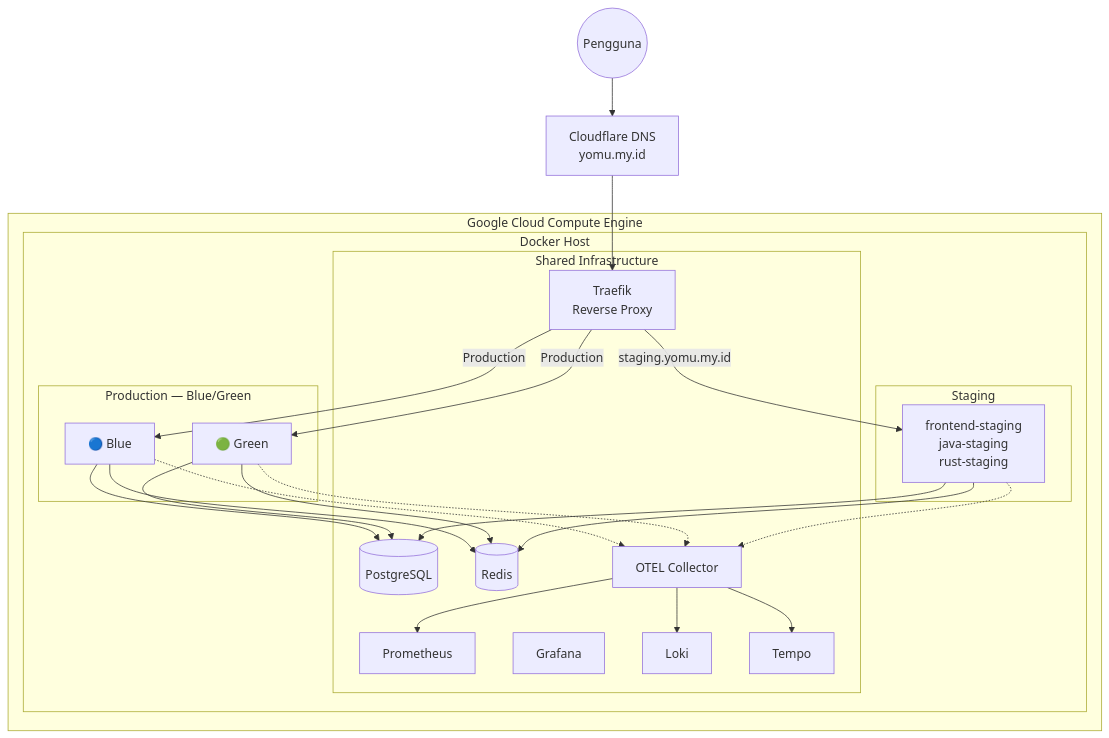
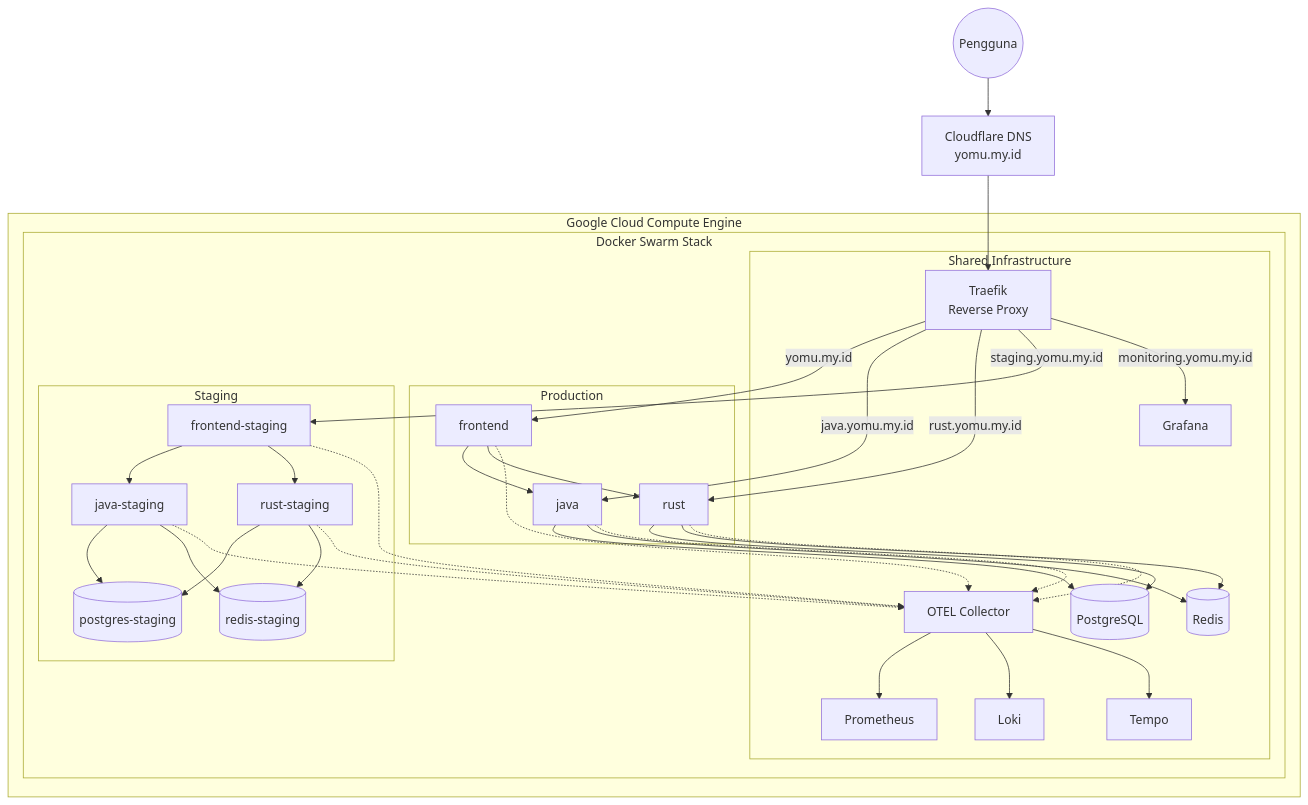
Before and after one commit to advprog-2026-A14-project/yomu-docs: the diagram in content/docs/deployment/index.mdx, drawn with Mermaid. The commit also changed other lines of this file and 10 other files, not shown here.

First line of the commit message:
docs: migrate deployment docs from blue-green to Swarm rolling

````diff
--- a/content/docs/deployment/index.mdx
+++ b/content/docs/deployment/index.mdx
@@ -21,44 +21,57 @@
 ```mermaid
 flowchart TB
     User(("Pengguna"))
     DNS["Cloudflare DNS<br/>yomu.my.id"]
 
     subgraph GCP["Google Cloud Compute Engine"]
-        subgraph Docker["Docker Host"]
+        subgraph Swarm["Docker Swarm Stack"]
             subgraph Shared["Shared Infrastructure"]
                 Traefik["Traefik<br/>Reverse Proxy"]
                 PG[("PostgreSQL")]
                 Redis[("Redis")]
                 Prom["Prometheus"]
                 Graf["Grafana"]
                 Loki["Loki"]
                 Tempo["Tempo"]
                 OTel["OTEL Collector"]
             end
 
-            subgraph Prod["Production — Blue/Green"]
-                Blue["🔵 Blue"]
-                Green["🟢 Green"]
+            subgraph Prod["Production"]
+                FE["frontend"]
+                Java["java"]
+                Rust["rust"]
             end
 
             subgraph Staging["Staging"]
-                ST["frontend-staging<br/>java-staging<br/>rust-staging"]
+                FE_ST["frontend-staging"]
+                Java_ST["java-staging"]
+                Rust_ST["rust-staging"]
+                PG_ST[("postgres-staging")]
+                Redis_ST[("redis-staging")]
             end
         end
     end
 
     User --> DNS
     DNS --> Traefik
-    Traefik -->|Production| Blue
-    Traefik -->|Production| Green
-    Traefik -->|staging.yomu.my.id| ST
+    Traefik -->|yomu.my.id| FE
+    Traefik -->|java.yomu.my.id| Java
+    Traefik -->|rust.yomu.my.id| Rust
+    Traefik -->|staging.yomu.my.id| FE_ST
+    Traefik -->|monitoring.yomu.my.id| Graf
 
-    Blue --> PG & Redis
-    Green --> PG & Redis
-    ST --> PG & Redis
+    FE --> Java & Rust
+    Java --> PG & Redis
+    Rust --> PG & Redis
+    FE_ST --> Java_ST & Rust_ST
+    Java_ST --> PG_ST & Redis_ST
+    Rust_ST --> PG_ST & Redis_ST
 
-    Blue -.-> OTel
-    Green -.-> OTel
-    ST -.-> OTel
+    FE -.-> OTel
+    Java -.-> OTel
+    Rust -.-> OTel
+    FE_ST -.-> OTel
+    Java_ST -.-> OTel
+    Rust_ST -.-> OTel
     OTel --> Prom & Loki & Tempo
 ```
````
